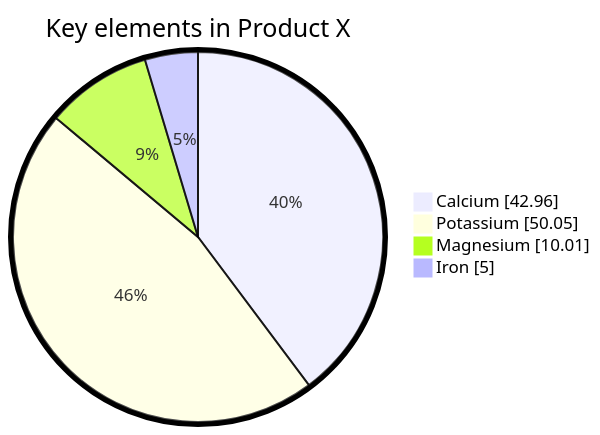
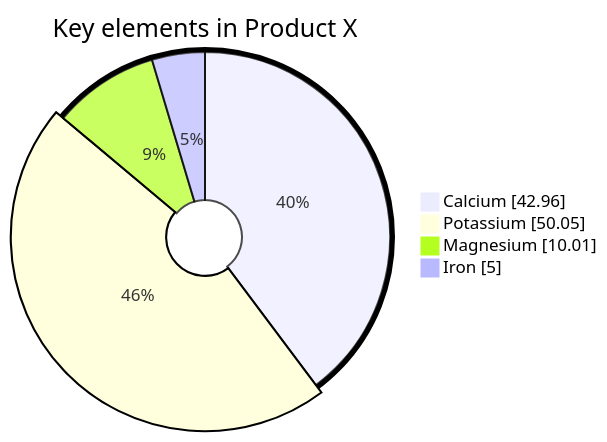
The second of 2 diagrams in skills/generate/references/pie.md (thdk/mermaid-skill), drawn with Mermaid before and after one commit. The commit also changed other lines of this file and 2 other files, not shown here.

Commit message:
docs: sync mermaid syntax and config docs

````diff
--- a/skills/generate/references/pie.md
+++ b/skills/generate/references/pie.md
@@ -71,15 +85,17 @@
 ```mermaid
 ---
 config:
   pie:
     textPosition: 0.5
+    donutHole: 0.2
+    highlightSlice: Potassium
   themeVariables:
     pieOuterStrokeWidth: "5px"
 ---
 pie showData
     title Key elements in Product X
     "Calcium" : 42.96
     "Potassium" : 50.05
     "Magnesium" : 10.01
     "Iron" :  5
 ```
````
